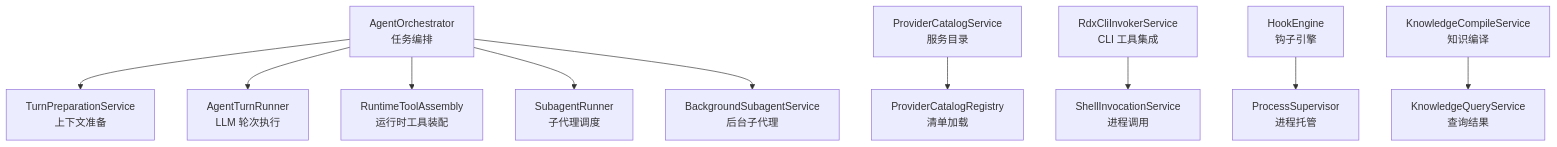
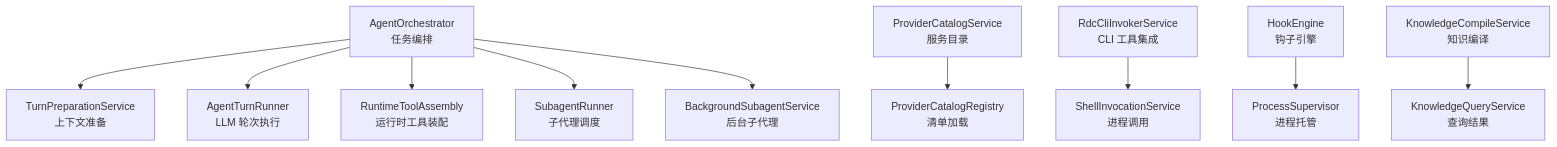
One commit to haolange/RDC-Agent changed the first of 8 diagrams in .qoder/repowiki/zh/content/架构设计/核心组件设计/核心组件设计.md. Above: the diagram before and after it, drawn with Mermaid. The commit also changed other lines of this file and 557 other files, not shown here.

````diff
--- a/.qoder/repowiki/zh/content/架构设计/核心组件设计/核心组件设计.md
+++ b/.qoder/repowiki/zh/content/架构设计/核心组件设计/核心组件设计.md
@@ -46,12 +46,12 @@
 ```mermaid
 graph TB
 A["AgentOrchestrator<br/>任务编排"] --> B["TurnPreparationService<br/>上下文准备"]
 A --> C["AgentTurnRunner<br/>LLM 轮次执行"]
 A --> D["RuntimeToolAssembly<br/>运行时工具装配"]
 A --> E["SubagentRunner<br/>子代理调度"]
 A --> F["BackgroundSubagentService<br/>后台子代理"]
 G["ProviderCatalogService<br/>服务目录"] --> H["ProviderCatalogRegistry<br/>清单加载"]
-I["RdxCliInvokerService<br/>CLI 工具集成"] --> J["ShellInvocationService<br/>进程调用"]
+I["RdcCliInvokerService<br/>CLI 工具集成"] --> J["ShellInvocationService<br/>进程调用"]
 K["HookEngine<br/>钩子引擎"] --> L["ProcessSupervisor<br/>进程托管"]
 M["KnowledgeCompileService<br/>知识编译"] --> N["KnowledgeQueryService<br/>查询结果"]
 ```
````
